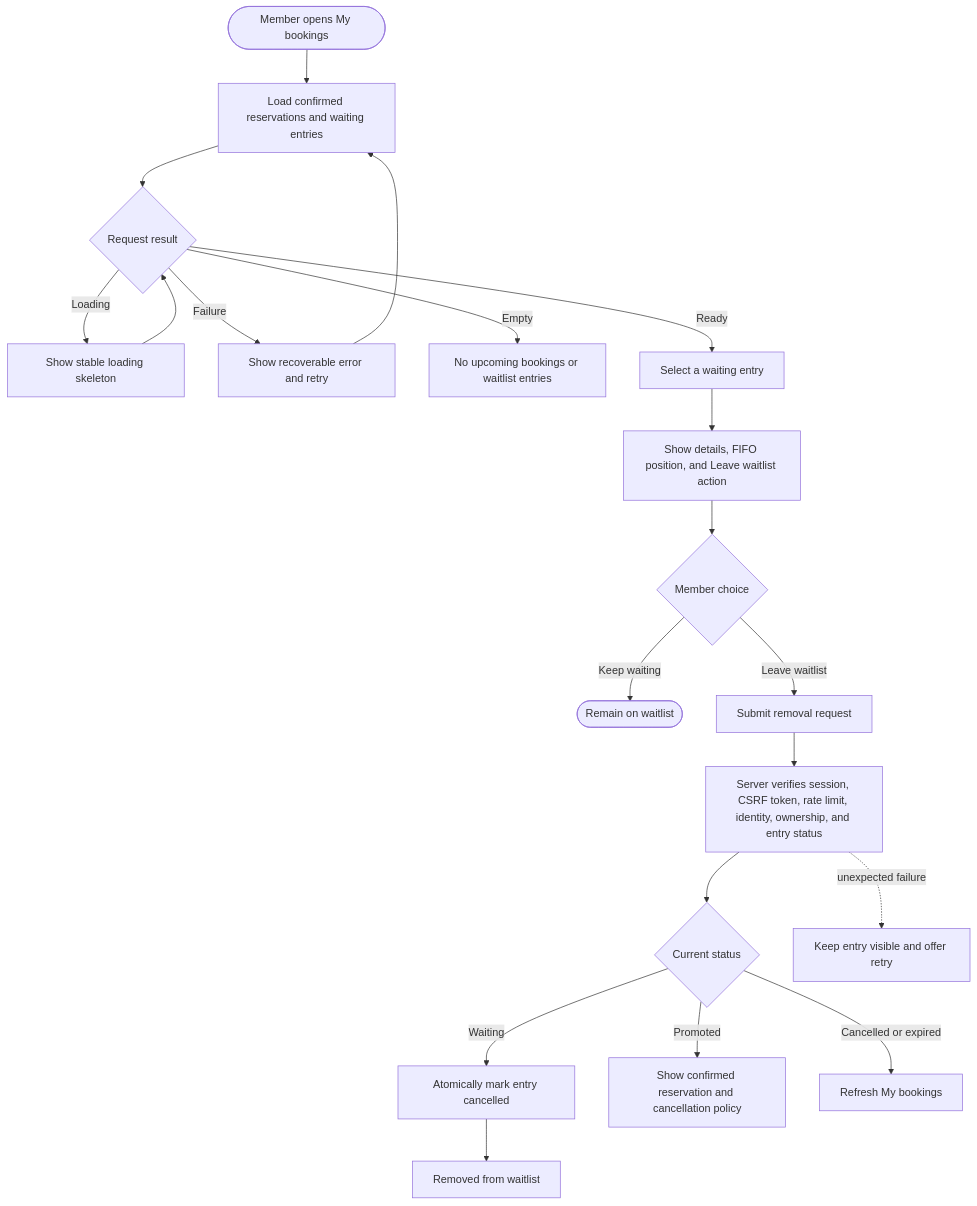
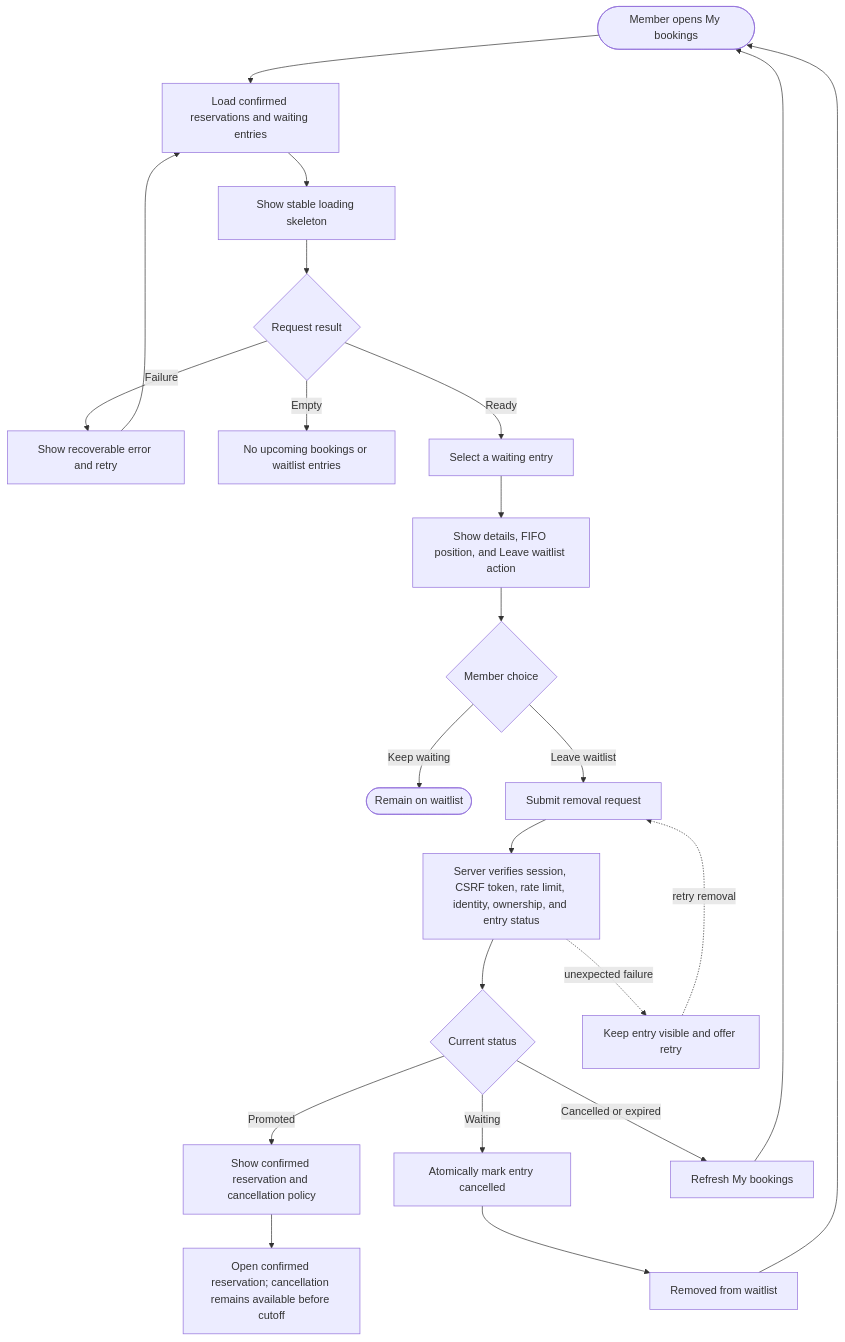
Before and after one commit to AqueosHeart/fitops: the first of 5 diagrams in second-brain/wiki/design/FitOps User Flows.md, drawn with Mermaid. The commit also changed other lines of this file and 35 other files, not shown here.

Commit message:
better diagraming and wireframe

````diff
--- a/second-brain/wiki/design/FitOps User Flows.md
+++ b/second-brain/wiki/design/FitOps User Flows.md
@@ -148,18 +175,18 @@
 ```mermaid
 flowchart TD
     Start([Member opens My bookings]) --> Load[Load confirmed reservations and waiting entries]
-    Load --> LoadState{Request result}
-    LoadState -- Loading --> Loading[Show stable loading skeleton] --> LoadState
+    Load --> Loading[Show stable loading skeleton] --> LoadState{Request result}
     LoadState -- Failure --> Retry["Show recoverable error and retry"] --> Load
     LoadState -- Empty --> Empty["No upcoming bookings or waitlist entries"]
     LoadState -- Ready --> Select[Select a waiting entry] --> Details["Show details, FIFO position, and Leave waitlist action"]
     Details --> Choice{Member choice}
     Choice -- Keep waiting --> End([Remain on waitlist])
     Choice -- Leave waitlist --> Submit[Submit removal request]
     Submit --> ServerCheck["Server verifies session, CSRF token, rate limit, identity, ownership, and entry status"]
     ServerCheck --> Status{Current status}
-    Status -- Waiting --> Remove[Atomically mark entry cancelled] --> Removed["Removed from waitlist"]
-    Status -- Promoted --> Promoted["Show confirmed reservation and cancellation policy"]
-    Status -- Cancelled or expired --> Resolved["Refresh My bookings"]
+    Status -- Waiting --> Remove[Atomically mark entry cancelled] --> Removed["Removed from waitlist"] --> Start
+    Status -- Promoted --> Promoted["Show confirmed reservation and cancellation policy"] --> ConfirmedReservation["Open confirmed reservation; cancellation remains available before cutoff"]
+    Status -- Cancelled or expired --> Resolved["Refresh My bookings"] --> Start
     ServerCheck -. unexpected failure .-> RemoveFailure["Keep entry visible and offer retry"]
+    RemoveFailure -. retry removal .-> Submit
 ```
````
